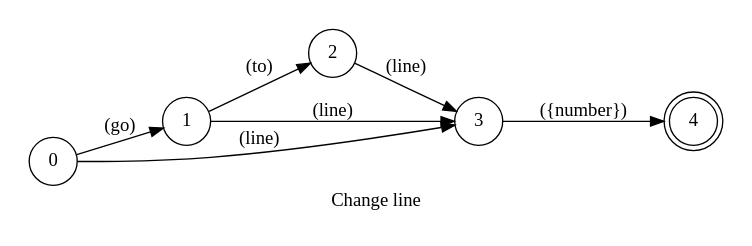
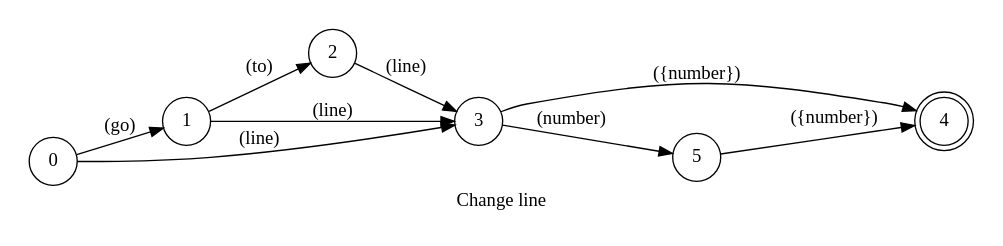
One commit to pedrooaugusto/speech-to-code changed the diagram in spoken/src/modules/typescript/go_to_line/phrase_en-US.dot. Above: the diagram before and after it, drawn with Graphviz. The commit also changed 24 other files, not shown here.

```diff
--- a/spoken/src/modules/typescript/go_to_line/phrase_en-US.dot
+++ b/spoken/src/modules/typescript/go_to_line/phrase_en-US.dot
@@ -1,18 +1,19 @@
 digraph GoToLine {
     id="go_to_line";
     label="Change line";
     lang="en-US";
     langName="English";
     pad="0.2";
     rankdir=LR;
     node[shape=doublecircle]; 4;
     node[shape=circle];
 
     0 -> 1 [label="(go)"];
     1 -> 2 [label="(to)"];
     {2 1 0} -> 3 [label="(line)"];
-    3 -> 4 [label="({number})", store=line];
+    3 -> 5 [label="(number)"];
+    {3 5} -> 4 [label="({number})", store=line];
 
     title="Change line";
     desc="Moves the cursor to a different line";
 }
```
